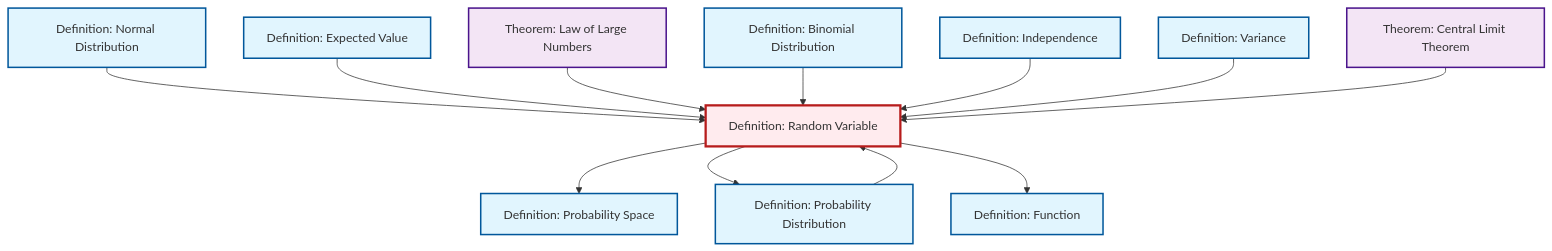
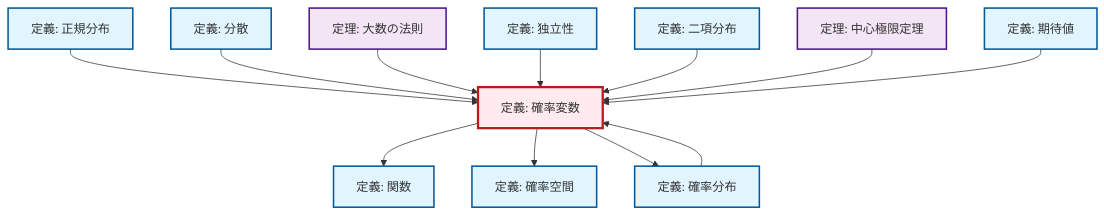
The diagram in content/ja/probability-statistics/def-random-variable.qmd (RK0429/ModernMath), drawn with Mermaid before and after one commit. The commit also changed 1069 other files, not shown here.

````diff
--- a/content/ja/probability-statistics/def-random-variable.qmd
+++ b/content/ja/probability-statistics/def-random-variable.qmd
@@ -50,42 +50,42 @@
 ```{mermaid}
 %%| fig-cap: "Local dependency graph"
 graph TD
     classDef definition fill:#e1f5fe,stroke:#01579b,stroke-width:2px
     classDef theorem fill:#f3e5f5,stroke:#4a148c,stroke-width:2px
     classDef axiom fill:#fff3e0,stroke:#e65100,stroke-width:2px
     classDef example fill:#e8f5e9,stroke:#1b5e20,stroke-width:2px
     classDef current fill:#ffebee,stroke:#b71c1c,stroke-width:3px
-    def-binomial-distribution["Definition: Binomial Distribution"]:::definition
-    def-normal-distribution["Definition: Normal Distribution"]:::definition
-    thm-law-of-large-numbers["Theorem: Law of Large Numbers"]:::theorem
-    def-probability-distribution["Definition: Probability Distribution"]:::definition
-    def-variance["Definition: Variance"]:::definition
-    def-expectation["Definition: Expected Value"]:::definition
-    def-random-variable["Definition: Random Variable"]:::definition
-    thm-central-limit["Theorem: Central Limit Theorem"]:::theorem
-    def-function["Definition: Function"]:::definition
-    def-independence["Definition: Independence"]:::definition
-    def-probability-space["Definition: Probability Space"]:::definition
+    def-expectation["定義: 期待値"]:::definition
+    thm-central-limit["定理: 中心極限定理"]:::theorem
+    def-function["定義: 関数"]:::definition
+    def-binomial-distribution["定義: 二項分布"]:::definition
+    def-random-variable["定義: 確率変数"]:::definition
+    def-variance["定義: 分散"]:::definition
+    def-probability-space["定義: 確率空間"]:::definition
+    thm-law-of-large-numbers["定理: 大数の法則"]:::theorem
+    def-independence["定義: 独立性"]:::definition
+    def-probability-distribution["定義: 確率分布"]:::definition
+    def-normal-distribution["定義: 正規分布"]:::definition
     def-normal-distribution --> def-random-variable
+    def-probability-distribution --> def-random-variable
+    def-variance --> def-random-variable
+    def-random-variable --> def-function
+    thm-law-of-large-numbers --> def-random-variable
+    def-independence --> def-random-variable
     def-random-variable --> def-probability-space
-    def-expectation --> def-random-variable
-    def-probability-distribution --> def-random-variable
-    thm-law-of-large-numbers --> def-random-variable
     def-random-variable --> def-probability-distribution
     def-binomial-distribution --> def-random-variable
-    def-random-variable --> def-function
-    def-independence --> def-random-variable
-    def-variance --> def-random-variable
     thm-central-limit --> def-random-variable
+    def-expectation --> def-random-variable
     class def-random-variable current
-    click def-binomial-distribution "def-binomial-distribution.html" "Definition: Binomial Distributionへ"
-    click def-normal-distribution "def-normal-distribution.html" "Definition: Normal Distributionへ"
-    click thm-law-of-large-numbers "thm-law-of-large-numbers.html" "Theorem: Law of Large Numbersへ"
-    click def-probability-distribution "def-probability-distribution.html" "Definition: Probability Distributionへ"
-    click def-variance "def-variance.html" "Definition: Varianceへ"
-    click def-expectation "def-expectation.html" "Definition: Expected Valueへ"
-    click thm-central-limit "thm-central-limit.html" "Theorem: Central Limit Theoremへ"
-    click def-function "def-function.html" "Definition: Functionへ"
-    click def-independence "def-independence.html" "Definition: Independenceへ"
-    click def-probability-space "def-probability-space.html" "Definition: Probability Spaceへ"
+    click def-expectation "def-expectation.html" "期待値の定義へ"
+    click thm-central-limit "thm-central-limit.html" "中心極限定理の定理へ"
+    click def-function "def-function.html" "関数の定義へ"
+    click def-binomial-distribution "def-binomial-distribution.html" "二項分布の定義へ"
+    click def-variance "def-variance.html" "分散の定義へ"
+    click def-probability-space "def-probability-space.html" "確率空間の定義へ"
+    click thm-law-of-large-numbers "thm-law-of-large-numbers.html" "大数の法則の定理へ"
+    click def-independence "def-independence.html" "独立性の定義へ"
+    click def-probability-distribution "def-probability-distribution.html" "確率分布の定義へ"
+    click def-normal-distribution "def-normal-distribution.html" "正規分布の定義へ"
 ```
````
